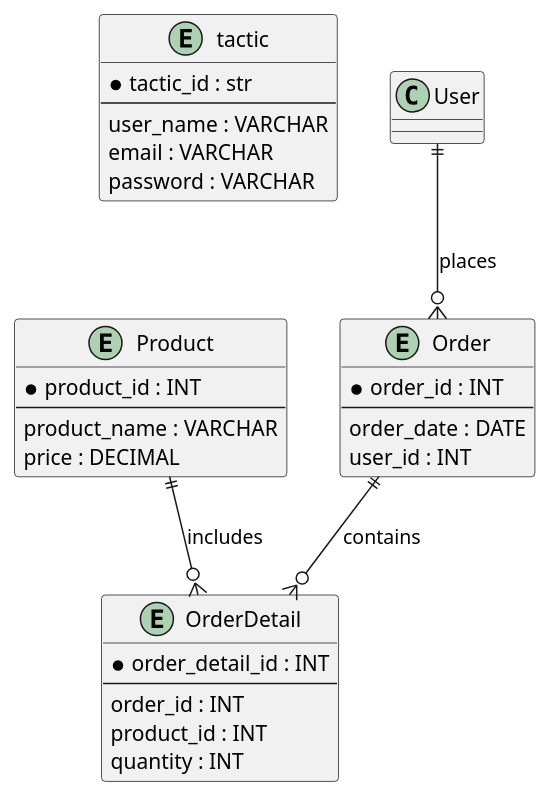
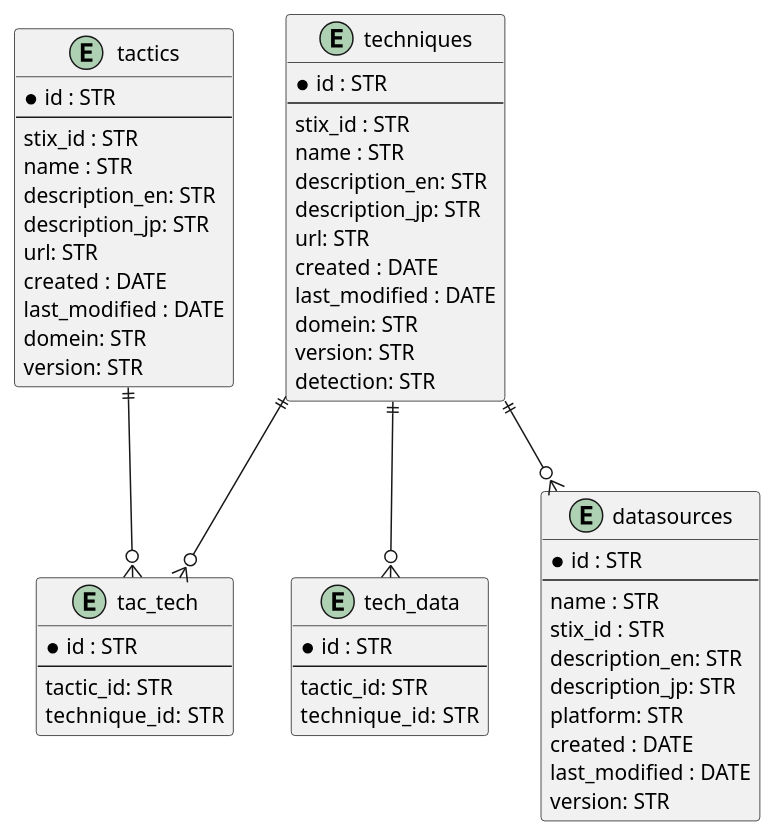
Before and after one commit to RyuichiHashimoto/attack-db: the diagram in uml/ER.puml, drawn with PlantUML.

Commit message:
update ER図

```diff
--- a/uml/ER.puml
+++ b/uml/ER.puml
@@ -1,37 +1,68 @@
 @startuml
 
-entity tactic {
-  * tactic_id : str
+entity tactics {
+  * id : STR
   ---
-  user_name : VARCHAR
-  email : VARCHAR
-  password : VARCHAR
+  stix_id : STR
+  name : STR
+  description_en: STR
+  description_jp: STR
+  url: STR
+  created : DATE
+  last_modified : DATE
+  domein: STR
+  version: STR
 }
 
-entity Order {
-  * order_id : INT
+entity tac_tech {
+  * id : STR
   ---
-  order_date : DATE
-  user_id : INT
+  tactic_id: STR
+  technique_id:  STR
 }
 
-entity Product {
-  * product_id : INT
+entity techniques {
+  * id : STR
   ---
-  product_name : VARCHAR
-  price : DECIMAL
+  stix_id : STR
+  name : STR
+  description_en: STR
+  description_jp: STR
+  url: STR
+  created : DATE
+  last_modified : DATE
+  domein: STR
+  version: STR
+  detection: STR
+  ' is_sub_technique: BOOL
+  ' parent_technique:
 }
 
-entity OrderDetail {
-  * order_detail_id : INT
+entity tech_data {
+  * id : STR
   ---
-  order_id : INT
-  product_id : INT
-  quantity : INT
+  tactic_id: STR
+  technique_id:  STR
 }
 
-User ||--o{ Order : places
-Order ||--o{ OrderDetail : contains
-Product ||--o{ OrderDetail : includes
+entity datasources {
+  * id : STR
+  ---
+  name : STR
+  stix_id : STR
+  description_en: STR
+  description_jp: STR
+  platform: STR
+  created : DATE
+  last_modified : DATE
+  version: STR
+}
+
+techniques ||--o{ tac_tech
+tactics ||--o{ tac_tech
+techniques ||--o{ tech_data
+techniques ||--o{ datasources
+
+' techniques || 
 
 @enduml
```
